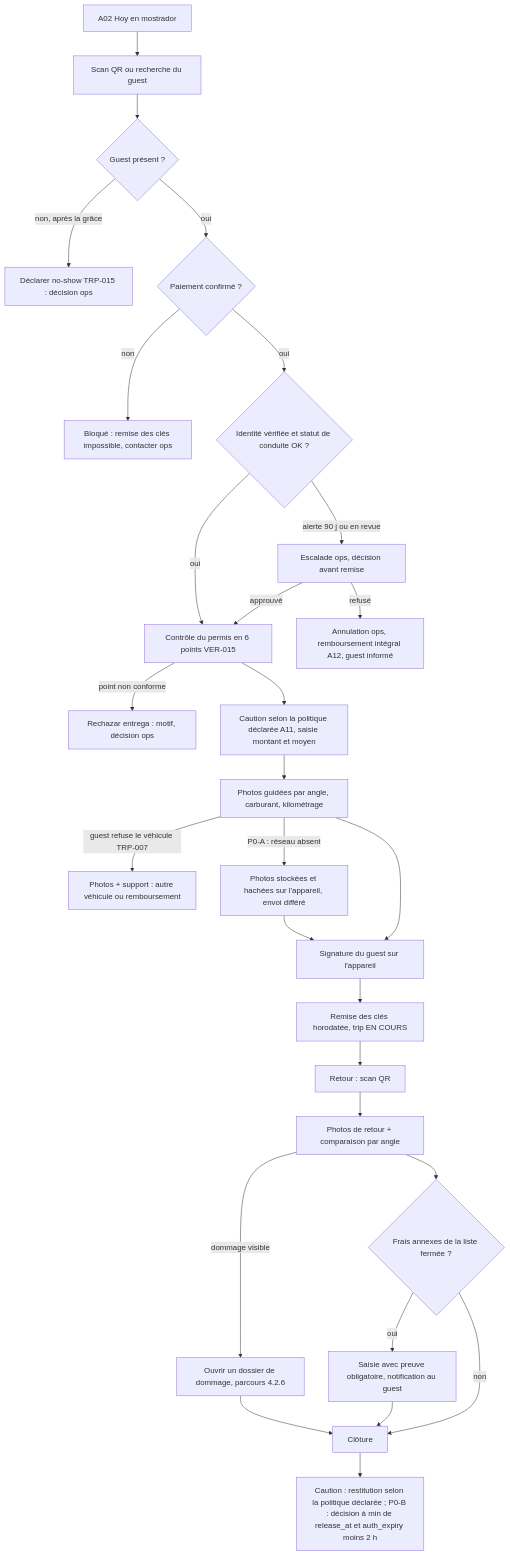
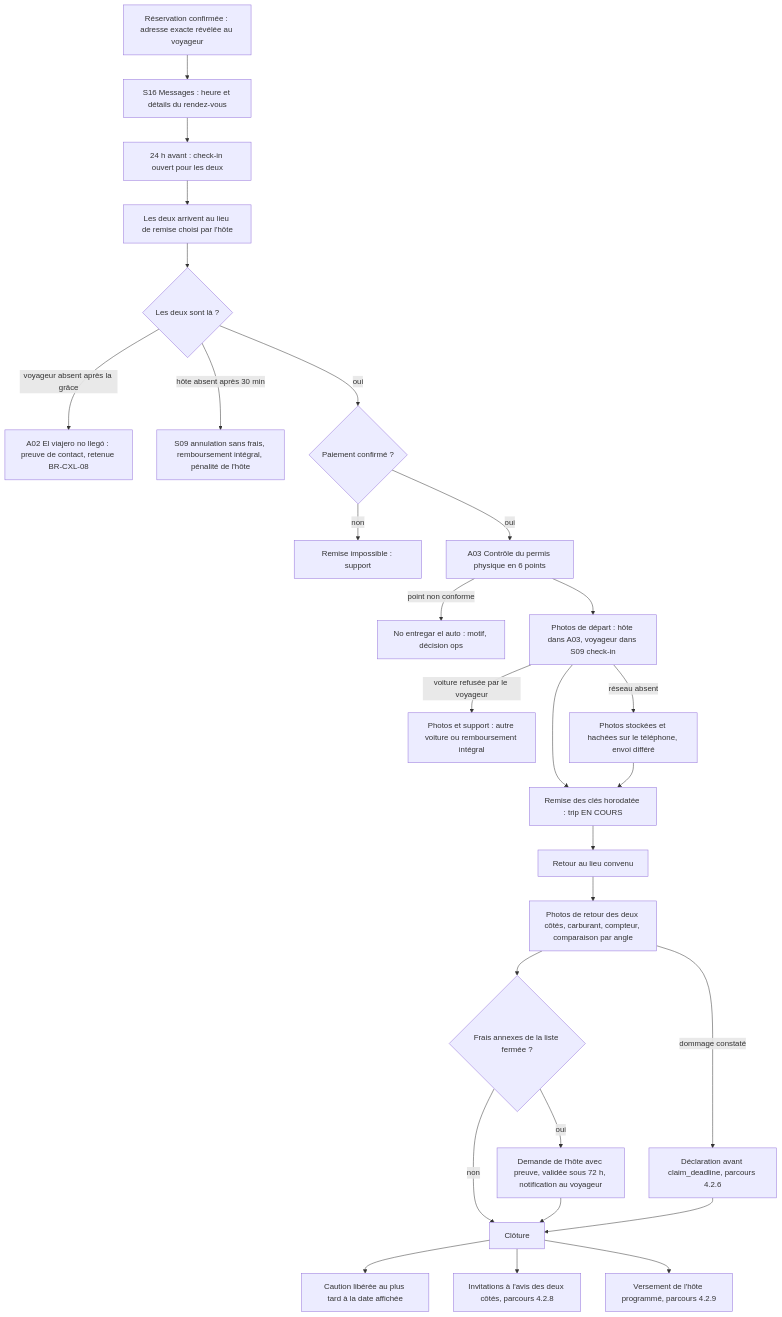
One commit to Noamgitpty/rueda changed the fifth of 10 diagrams in docs/specs/10b_UX_UI_ANALYSIS.md. Above: the diagram before and after it, drawn with Mermaid. The commit also changed other lines of this file and 2 other files, not shown here.

````diff
--- a/docs/specs/10b_UX_UI_ANALYSIS.md
+++ b/docs/specs/10b_UX_UI_ANALYSIS.md
@@ -595,30 +630,29 @@
 ```mermaid
 flowchart TD
-  A["A02 Hoy en mostrador"] --> B["Scan QR ou recherche du guest"]
-  B --> NS{"Guest présent ?"}
-  NS -->|non, après la grâce| NS1["Déclarer no-show TRP-015 : décision ops"]
-  NS -->|oui| C{"Paiement confirmé ?"}
-  C -->|non| C1["Bloqué : remise des clés impossible, contacter ops"]
-  C -->|oui| D{"Identité vérifiée et statut de conduite OK ?"}
-  D -->|alerte 90 j ou en revue| D1["Escalade ops, décision avant remise"]
-  D1 -->|approuvé| E
-  D1 -->|refusé| D2["Annulation ops, remboursement intégral A12, guest informé"]
-  D -->|oui| E["Contrôle du permis en 6 points VER-015"]
-  E -->|point non conforme| E1["Rechazar entrega : motif, décision ops"]
-  E --> F["Caution selon la politique déclarée A11, saisie montant et moyen"]
-  F --> G["Photos guidées par angle, carburant, kilométrage"]
-  G -->|guest refuse le véhicule TRP-007| G2["Photos + support : autre véhicule ou remboursement"]
-  G -->|P0-A : réseau absent| G1["Photos stockées et hachées sur l'appareil, envoi différé"]
-  G --> H["Signature du guest sur l'appareil"]
-  G1 --> H
-  H --> I["Remise des clés horodatée, trip EN COURS"]
-  I --> J["Retour : scan QR"]
-  J --> K["Photos de retour + comparaison par angle"]
-  K --> L{"Frais annexes de la liste fermée ?"}
-  L -->|oui| L1["Saisie avec preuve obligatoire, notification au guest"]
-  L -->|non| M["Clôture"]
-  L1 --> M
-  K -->|dommage visible| N["Ouvrir un dossier de dommage, parcours 4.2.6"]
-  N --> M
-  M --> O["Caution : restitution selon la politique déclarée ; P0-B : décision à min de release_at et auth_expiry moins 2 h"]
+  A["Réservation confirmée : adresse exacte révélée au voyageur"] --> B["S16 Messages : heure et détails du rendez-vous"]
+  B --> C["24 h avant : check-in ouvert pour les deux"]
+  C --> D["Les deux arrivent au lieu de remise choisi par l'hôte"]
+  D --> NS{"Les deux sont là ?"}
+  NS -->|voyageur absent après la grâce| NS1["A02 El viajero no llegó : preuve de contact, retenue BR-CXL-08"]
+  NS -->|hôte absent après 30 min| NS2["S09 annulation sans frais, remboursement intégral, pénalité de l'hôte"]
+  NS -->|oui| P{"Paiement confirmé ?"}
+  P -->|non| P1["Remise impossible : support"]
+  P -->|oui| E["A03 Contrôle du permis physique en 6 points"]
+  E -->|point non conforme| E1["No entregar el auto : motif, décision ops"]
+  E --> F["Photos de départ : hôte dans A03, voyageur dans S09 check-in"]
+  F -->|voiture refusée par le voyageur| F2["Photos et support : autre voiture ou remboursement intégral"]
+  F -->|réseau absent| F1["Photos stockées et hachées sur le téléphone, envoi différé"]
+  F --> G["Remise des clés horodatée : trip EN COURS"]
+  F1 --> G
+  G --> H["Retour au lieu convenu"]
+  H --> I["Photos de retour des deux côtés, carburant, compteur, comparaison par angle"]
+  I --> J{"Frais annexes de la liste fermée ?"}
+  J -->|oui| J1["Demande de l'hôte avec preuve, validée sous 72 h, notification au voyageur"]
+  J -->|non| K["Clôture"]
+  J1 --> K
+  I -->|dommage constaté| N["Déclaration avant claim_deadline, parcours 4.2.6"]
+  N --> K
+  K --> L["Caution libérée au plus tard à la date affichée"]
+  K --> M["Invitations à l'avis des deux côtés, parcours 4.2.8"]
+  K --> O["Versement de l'hôte programmé, parcours 4.2.9"]
 ```
````
